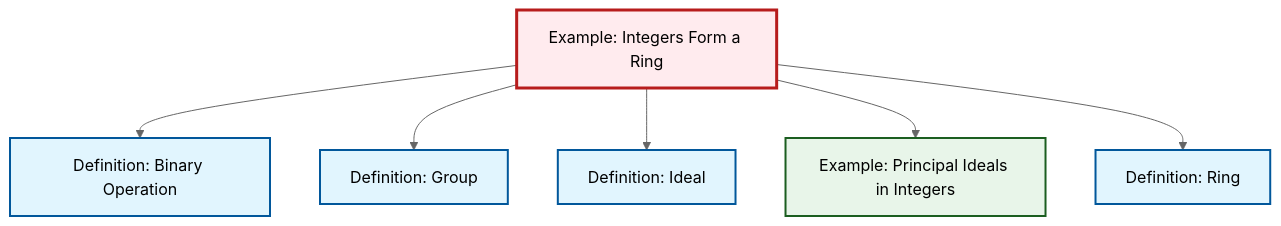
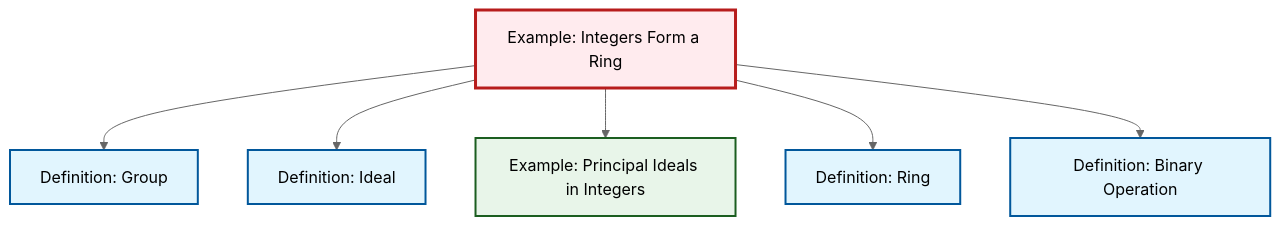
One commit to RK0429/ModernMath changed the diagram in content/en/algebra/ex-integers-ring.qmd. Above: the diagram before and after it, drawn with Mermaid (neutral theme). The commit also changed other lines of this file and 417 other files, not shown here.

````diff
--- a/content/en/algebra/ex-integers-ring.qmd
+++ b/content/en/algebra/ex-integers-ring.qmd
@@ -63,26 +63,26 @@
 ```{mermaid}
 %%| fig-cap: "Local dependency graph"
 graph TD
     classDef definition fill:#e1f5fe,stroke:#01579b,stroke-width:2px
     classDef theorem fill:#f3e5f5,stroke:#4a148c,stroke-width:2px
     classDef axiom fill:#fff3e0,stroke:#e65100,stroke-width:2px
     classDef example fill:#e8f5e9,stroke:#1b5e20,stroke-width:2px
     classDef current fill:#ffebee,stroke:#b71c1c,stroke-width:3px
+    ex-integers-ring["Example: Integers Form a Ring"]:::example
+    def-binary-operation["Definition: Binary Operation"]:::definition
+    ex-principal-ideal["Example: Principal Ideals in Integers"]:::example
     def-ideal["Definition: Ideal"]:::definition
     def-group["Definition: Group"]:::definition
     def-ring["Definition: Ring"]:::definition
-    ex-principal-ideal["Example: Principal Ideals in Integers"]:::example
-    ex-integers-ring["Example: Integers Form a Ring"]:::example
-    def-binary-operation["Definition: Binary Operation"]:::definition
-    ex-integers-ring --> def-binary-operation
     ex-integers-ring --> def-group
     ex-integers-ring --> def-ideal
     ex-integers-ring --> ex-principal-ideal
     ex-integers-ring --> def-ring
+    ex-integers-ring --> def-binary-operation
     class ex-integers-ring current
+    click def-binary-operation "def-binary-operation.html" "Go to Binary Operation definition"
+    click ex-principal-ideal "ex-principal-ideal.html" "Go to Principal Ideals in Integers example"
     click def-ideal "def-ideal.html" "Go to Ideal definition"
     click def-group "def-group.html" "Go to Group definition"
     click def-ring "def-ring.html" "Go to Ring definition"
-    click ex-principal-ideal "ex-principal-ideal.html" "Go to Principal Ideals in Integers example"
-    click def-binary-operation "def-binary-operation.html" "Go to Binary Operation definition"
 ```
````
